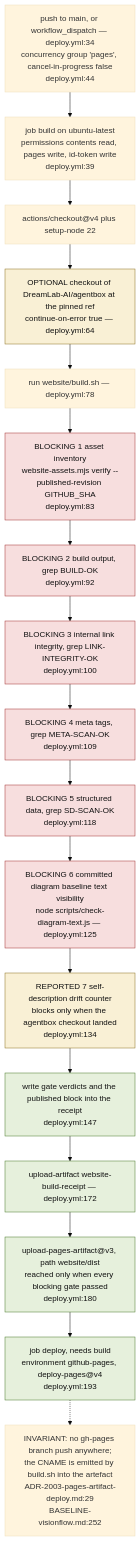
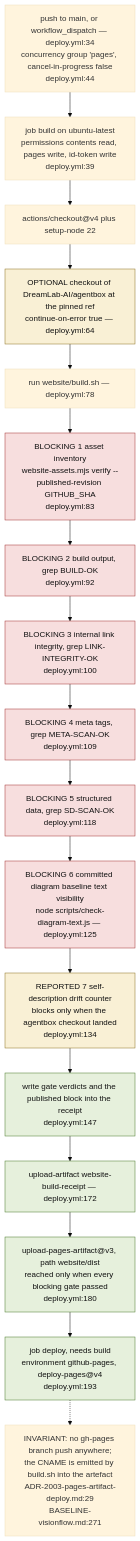
One commit to DreamLab-AI/VisionFlow changed the sixth of 12 diagrams in docs/diagrams/visionflow/02-website-build-and-deploy.md. Above: the diagram before and after it, drawn with Mermaid (base theme). The commit also changed other lines of this file and 136 other files, not shown here.

First line of the commit message:
docs(diagrams): refresh the whole corpus to code HEAD and prune low-value diagrams

````diff
--- a/docs/diagrams/visionflow/02-website-build-and-deploy.md
+++ b/docs/diagrams/visionflow/02-website-build-and-deploy.md
@@ -187,29 +187,29 @@
 ```mermaid
 flowchart TB
     classDef block fill:#f7dede,stroke:#a33333,color:#111
     classDef report fill:#f9f0d5,stroke:#8a7020,color:#111
     classDef ok fill:#e6f0dc,stroke:#4a7a2a,color:#111
 
     TRIG["push to main, or workflow_dispatch — deploy.yml:34<br/>concurrency group 'pages', cancel-in-progress false<br/>deploy.yml:44"]
     TRIG --> J1["job build on ubuntu-latest<br/>permissions contents read, pages write, id-token write<br/>deploy.yml:39"]
 
     J1 --> CO["actions/checkout@v4 plus setup-node 22"]
     CO --> AB["OPTIONAL checkout of DreamLab-AI/agentbox at the pinned ref<br/>continue-on-error true — deploy.yml:64"]:::report
     AB --> BUILD["run website/build.sh — deploy.yml:78"]
 
     BUILD --> G1["BLOCKING 1 asset inventory<br/>website-assets.mjs verify --published-revision GITHUB_SHA<br/>deploy.yml:83"]:::block
     G1 --> G2["BLOCKING 2 build output, grep BUILD-OK<br/>deploy.yml:92"]:::block
     G2 --> G3["BLOCKING 3 internal link integrity, grep LINK-INTEGRITY-OK<br/>deploy.yml:100"]:::block
     G3 --> G4["BLOCKING 4 meta tags, grep META-SCAN-OK<br/>deploy.yml:109"]:::block
     G4 --> G5["BLOCKING 5 structured data, grep SD-SCAN-OK<br/>deploy.yml:118"]:::block
     G5 --> G6["BLOCKING 6 committed diagram baseline text visibility<br/>node scripts/check-diagram-text.js — deploy.yml:125"]:::block
     G6 --> G7["REPORTED 7 self-description drift counter<br/>blocks only when the agentbox checkout landed<br/>deploy.yml:134"]:::report
 
     G7 --> REC["write gate verdicts and the published block into the receipt<br/>deploy.yml:147"]:::ok
     REC --> UPR["upload-artifact website-build-receipt — deploy.yml:172"]:::ok
     UPR --> UP["upload-pages-artifact@v3, path website/dist<br/>reached only when every blocking gate passed<br/>deploy.yml:180"]:::ok
     UP --> J2["job deploy, needs build<br/>environment github-pages, deploy-pages@v4<br/>deploy.yml:193"]:::ok
 
-    INV["INVARIANT: no gh-pages branch push anywhere;<br/>the CNAME is emitted by build.sh into the artefact<br/>ADR-2003-pages-artifact-deploy.md:29<br/>BASELINE-visionflow.md:252"]
+    INV["INVARIANT: no gh-pages branch push anywhere;<br/>the CNAME is emitted by build.sh into the artefact<br/>ADR-2003-pages-artifact-deploy.md:29<br/>BASELINE-visionflow.md:271"]
     J2 -.-> INV
 ```
````
